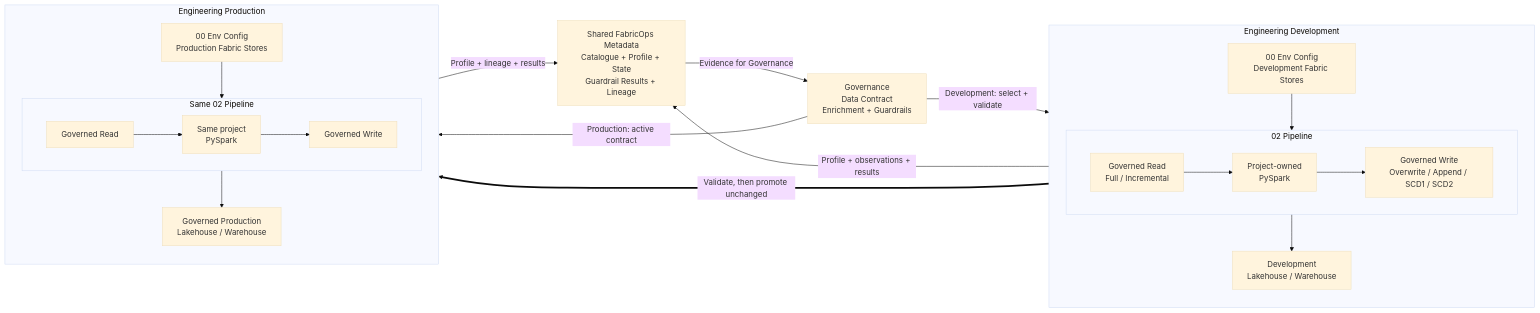
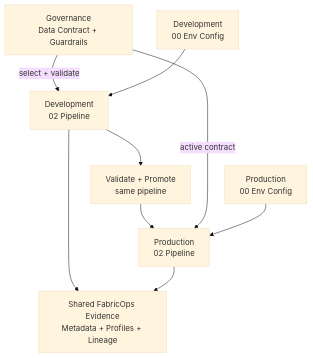
The first of 2 diagrams in docs/solutions/plug-and-play-data-pipelines.md (Voycepeh/FabricOps-Starter-Kit), drawn with Mermaid (base theme) before and after one commit.

Commit message:
docs: simplify plug-and-play pipeline diagram

````diff
--- a/docs/solutions/plug-and-play-data-pipelines.md
+++ b/docs/solutions/plug-and-play-data-pipelines.md
@@ -26,41 +26,19 @@
 ```mermaid
-flowchart LR
-    GOV["Governance<br/>Data Contract<br/>Enrichment + Guardrails"]
+flowchart TD
+    GOV["Governance<br/>Data Contract + Guardrails"]
 
-    subgraph DEV["Engineering Development"]
-        direction TB
-        DEV_ENV["00 Env Config<br/>Development Fabric Stores"]
-        subgraph DEV_PIPE["02 Pipeline"]
-            direction LR
-            DEV_READ["Governed Read<br/>Full / Incremental"]
-            DEV_TRANSFORM["Project-owned<br/>PySpark"]
-            DEV_WRITE["Governed Write<br/>Overwrite / Append / SCD1 / SCD2"]
-            DEV_READ --> DEV_TRANSFORM --> DEV_WRITE
-        end
-        DEV_ENV --> DEV_PIPE
-        DEV_PIPE --> DEV_DATA["Development<br/>Lakehouse / Warehouse"]
-    end
+    DEV_ENV["Development<br/>00 Env Config"]
+    DEV_PIPE["Development<br/>02 Pipeline"]
+    PROMOTE["Validate + Promote<br/>same pipeline"]
+    PROD_ENV["Production<br/>00 Env Config"]
+    PROD_PIPE["Production<br/>02 Pipeline"]
+    META["Shared FabricOps Evidence<br/>Metadata + Profiles + Lineage"]
 
-    META["Shared FabricOps Metadata<br/>Catalogue + Profile + State<br/>Guardrail Results + Lineage"]
-
-    subgraph PROD["Engineering Production"]
-        direction TB
-        PROD_ENV["00 Env Config<br/>Production Fabric Stores"]
-        subgraph PROD_PIPE["Same 02 Pipeline"]
-            direction LR
-            PROD_READ["Governed Read"]
-            PROD_TRANSFORM["Same project<br/>PySpark"]
-            PROD_WRITE["Governed Write"]
-            PROD_READ --> PROD_TRANSFORM --> PROD_WRITE
-        end
-        PROD_ENV --> PROD_PIPE
-        PROD_PIPE --> PROD_DATA["Governed Production<br/>Lakehouse / Warehouse"]
-    end
-
-    GOV -->|"Development: select + validate"| DEV_PIPE
-    DEV_PIPE -->|"Profile + observations + results"| META
-    META -->|"Evidence for Governance"| GOV
-    DEV_PIPE ==>|"Validate, then promote unchanged"| PROD_PIPE
-    GOV -->|"Production: active contract"| PROD_PIPE
-    PROD_PIPE -->|"Profile + lineage + results"| META
+    GOV -->|"select + validate"| DEV_PIPE
+    DEV_ENV --> DEV_PIPE
+    DEV_PIPE --> PROMOTE --> PROD_PIPE
+    GOV -->|"active contract"| PROD_PIPE
+    PROD_ENV --> PROD_PIPE
+    DEV_PIPE --> META
+    PROD_PIPE --> META
 ```
````
